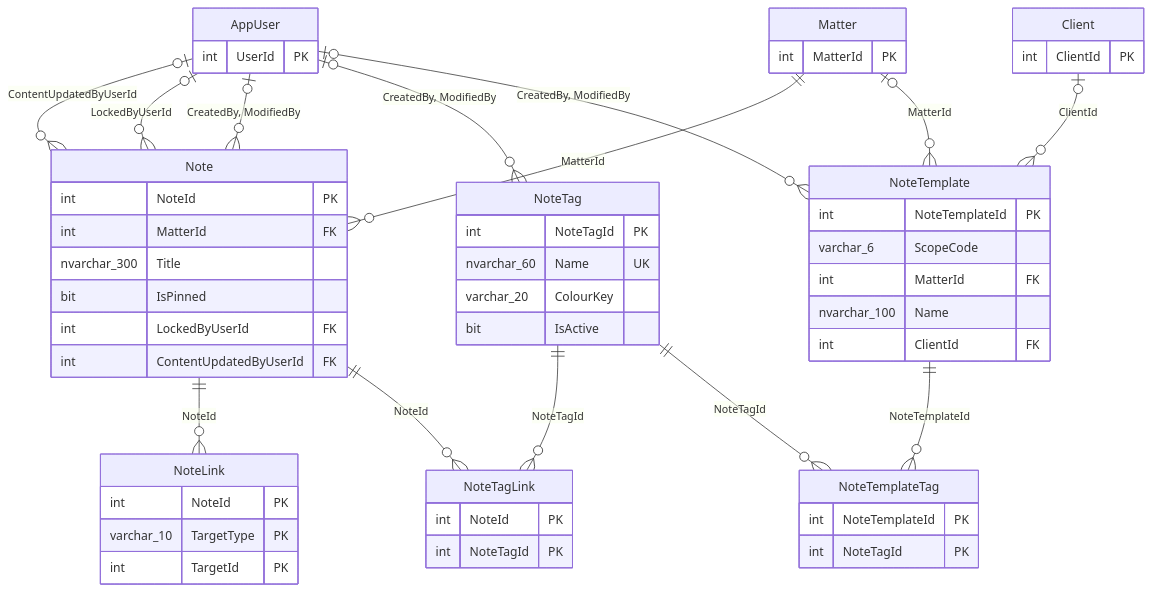
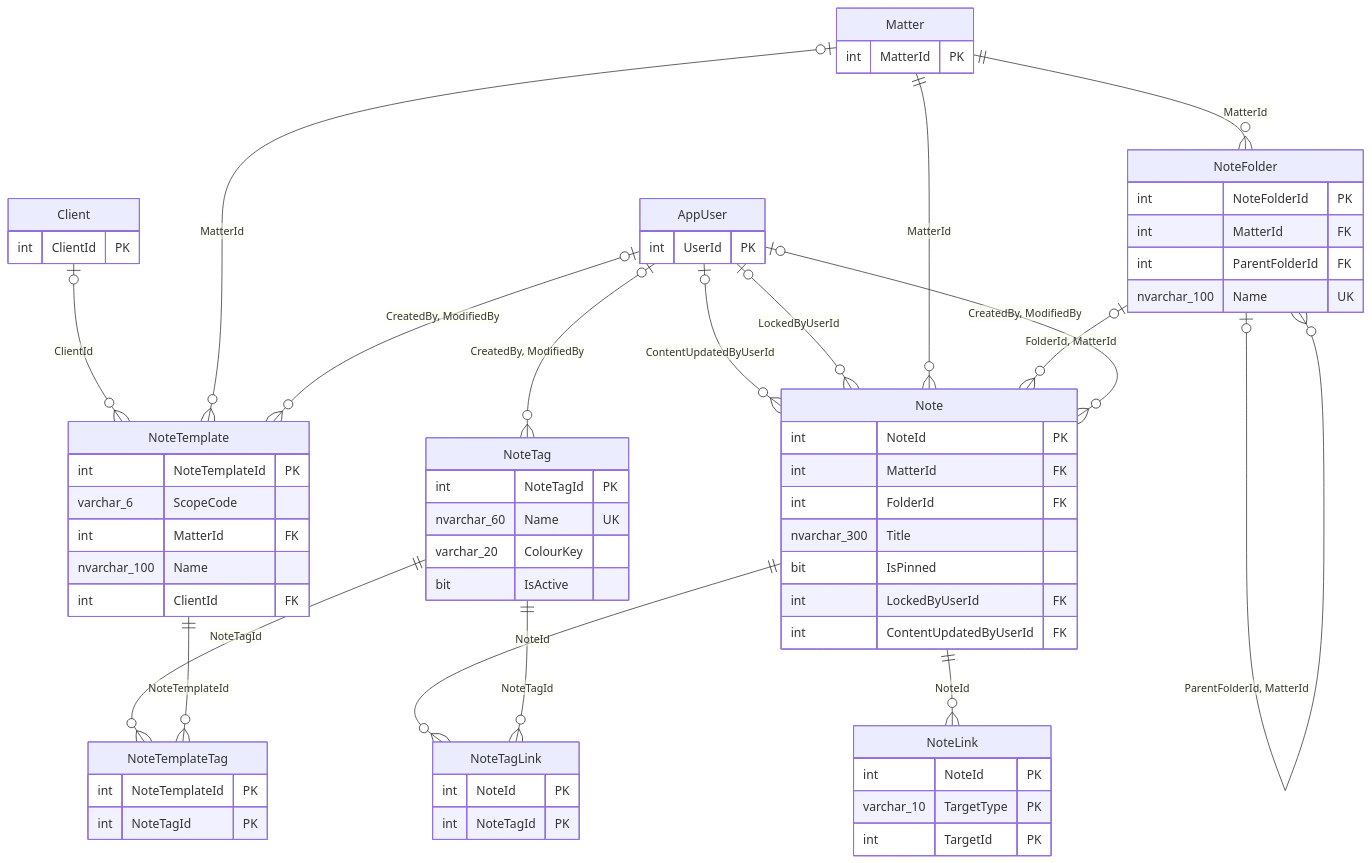
Before and after one commit to dent-ist/MatterFlow: the ninth of 14 diagrams in wiki/Database/ER-Diagrams.md, drawn with Mermaid. The commit also changed other lines of this file and 32 other files, not shown here.

```diff
--- a/wiki/Database/ER-Diagrams.md
+++ b/wiki/Database/ER-Diagrams.md
@@ -660,59 +660,69 @@
 ::: mermaid
 erDiagram
   Note {
     int NoteId PK
     int MatterId FK
+    int FolderId FK
     nvarchar_300 Title
     bit IsPinned
     int LockedByUserId FK
     int ContentUpdatedByUserId FK
+  }
+  NoteFolder {
+    int NoteFolderId PK
+    int MatterId FK
+    int ParentFolderId FK
+    nvarchar_100 Name UK
   }
   NoteLink {
     int NoteId PK
     varchar_10 TargetType PK
     int TargetId PK
   }
   NoteTag {
     int NoteTagId PK
     nvarchar_60 Name UK
     varchar_20 ColourKey
     bit IsActive
   }
   NoteTagLink {
     int NoteId PK
     int NoteTagId PK
   }
   NoteTemplate {
     int NoteTemplateId PK
     varchar_6 ScopeCode
     int MatterId FK
     nvarchar_100 Name
     int ClientId FK
   }
   NoteTemplateTag {
     int NoteTemplateId PK
     int NoteTagId PK
   }
   AppUser {
     int UserId PK
   }
   Client {
     int ClientId PK
   }
   Matter {
     int MatterId PK
   }
   AppUser |o--o{ Note : "ContentUpdatedByUserId"
   AppUser |o--o{ Note : "LockedByUserId"
   Matter ||--o{ Note : "MatterId"
+  Matter ||--o{ NoteFolder : "MatterId"
+  NoteFolder |o--o{ NoteFolder : "ParentFolderId, MatterId"
+  NoteFolder |o--o{ Note : "FolderId, MatterId"
   Note ||--o{ NoteLink : "NoteId"
   Note ||--o{ NoteTagLink : "NoteId"
   NoteTag ||--o{ NoteTagLink : "NoteTagId"
   Client |o--o{ NoteTemplate : "ClientId"
   Matter |o--o{ NoteTemplate : "MatterId"
   NoteTag ||--o{ NoteTemplateTag : "NoteTagId"
   NoteTemplate ||--o{ NoteTemplateTag : "NoteTemplateId"
   AppUser |o--o{ Note : "CreatedBy, ModifiedBy"
   AppUser |o--o{ NoteTag : "CreatedBy, ModifiedBy"
   AppUser |o--o{ NoteTemplate : "CreatedBy, ModifiedBy"
 :::
```
